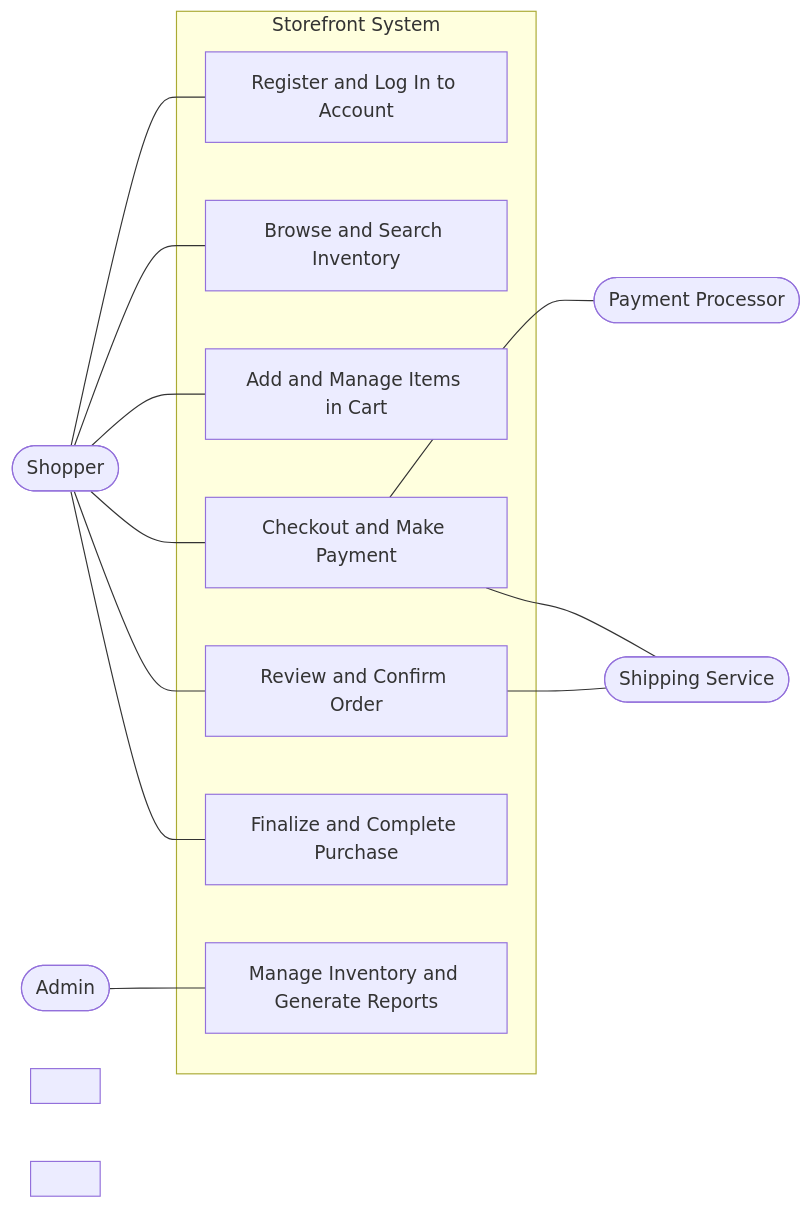
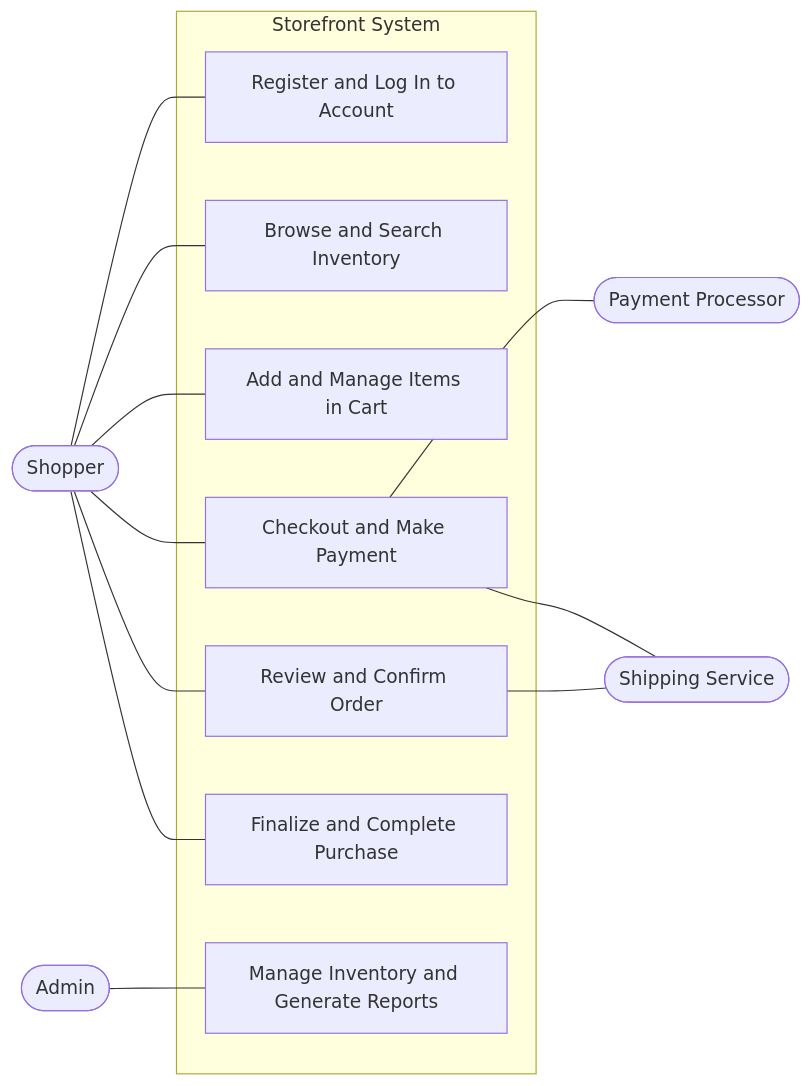
The diagram in use_case_README.md (BornB4Google/swe-3313-fall-2025-team-09), drawn with Mermaid before and after one commit.

````diff
--- a/use_case_README.md
+++ b/use_case_README.md
@@ -5,38 +5,34 @@
 ```mermaid
 flowchart LR
     %% Direction: Left to Right
     %% Actors
     shopper(["Shopper"])
     admin(["Admin"])
     payment(["Payment Processor"])
     shipping(["Shipping Service"])
-
-    %% Invisible spacing nodes
-    spacer1[" "]:::invisible
-    spacer2[" "]:::invisible
 
     %% System boundary
     subgraph System["Storefront System"]
         UC_Auth["Register and Log In to Account"]
         UC_Inventory["Browse and Search Inventory"]
         UC_Cart["Add and Manage Items in Cart"]
         UC_Checkout["Checkout and Make Payment"]
         UC_Confirm["Review and Confirm Order"]
         UC_Complete["Finalize and Complete Purchase"]
         UC_Admin["Manage Inventory and Generate Reports"]
     end
 
     %% Associations - shopper and admin on left
     shopper --- UC_Auth
     shopper --- UC_Inventory
     shopper --- UC_Cart
     shopper --- UC_Checkout
     shopper --- UC_Confirm
     shopper --- UC_Complete
     admin --- UC_Admin
 
     %% External systems - on right
     UC_Checkout --- payment
     UC_Checkout --- shipping
     UC_Confirm --- shipping
 ```
````
